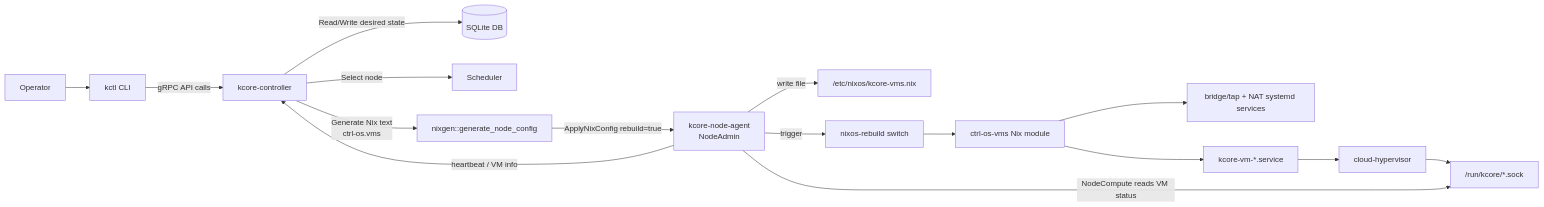
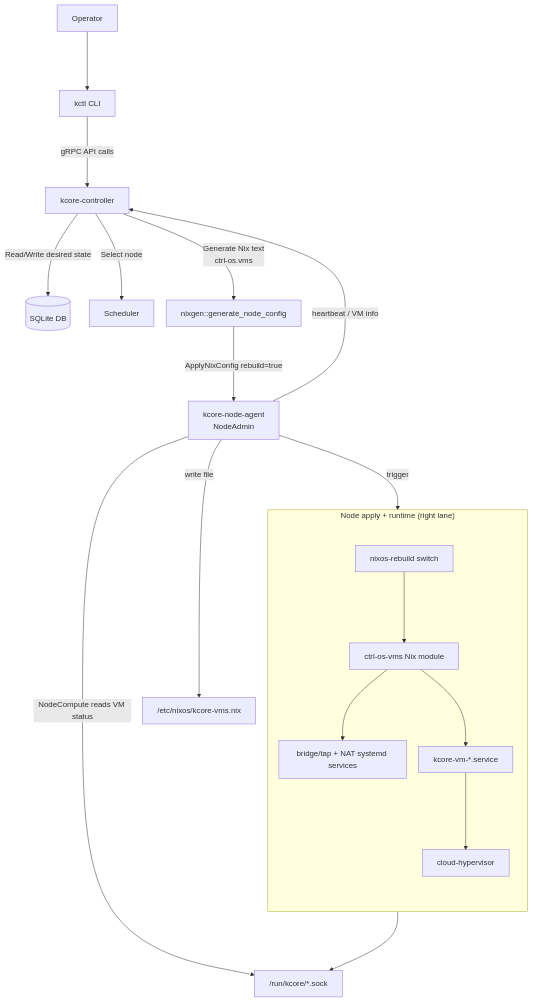
One commit to kcorehypervisor/kcore changed the first of 2 diagrams in docs/Architecture.md. Above: the diagram before and after it, drawn with Mermaid.

Commit message:
Reshape architecture high-level flow for vertical readability.
Switch the Mermaid layout to a taller top-down structure and move node apply/runtime steps into a right-lane subgraph with increased rank spacing.

````diff
--- a/docs/Architecture.md
+++ b/docs/Architecture.md
@@ -7,22 +7,32 @@
 ```mermaid
-flowchart LR
+%%{init: {"flowchart": {"nodeSpacing": 25, "rankSpacing": 120}} }%%
+flowchart TB
   U[Operator] --> K[kctl CLI]
   K -->|gRPC API calls| C[kcore-controller]
 
   C -->|Read/Write desired state| DB[(SQLite DB)]
   C -->|Select node| S[Scheduler]
   C -->|Generate Nix text<br/>ctrl-os.vms| NIXGEN[nixgen::generate_node_config]
 
   NIXGEN -->|ApplyNixConfig rebuild=true| A[kcore-node-agent<br/>NodeAdmin]
   A -->|write file| CFG["/etc/nixos/kcore-vms.nix"]
-  A -->|trigger| REBUILD[nixos-rebuild switch]
 
-  REBUILD --> MOD[ctrl-os-vms Nix module]
-  MOD --> NET[bridge/tap + NAT systemd services]
-  MOD --> VMUNIT[kcore-vm-*.service]
-  VMUNIT --> CH[cloud-hypervisor]
+  subgraph APPLY_PATH["Node apply + runtime (right lane)"]
+    direction TB
+    REBUILD[nixos-rebuild switch]
+    MOD[ctrl-os-vms Nix module]
+    NET[bridge/tap + NAT systemd services]
+    VMUNIT[kcore-vm-*.service]
+    CH[cloud-hypervisor]
+    REBUILD --> MOD
+    MOD --> NET
+    MOD --> VMUNIT
+    VMUNIT --> CH
+  end
+
+  A -->|trigger| REBUILD
 
   CH --> SOCK["/run/kcore/*.sock"]
   A -->|NodeCompute reads VM status| SOCK
   A -->|heartbeat / VM info| C
 ```
````
